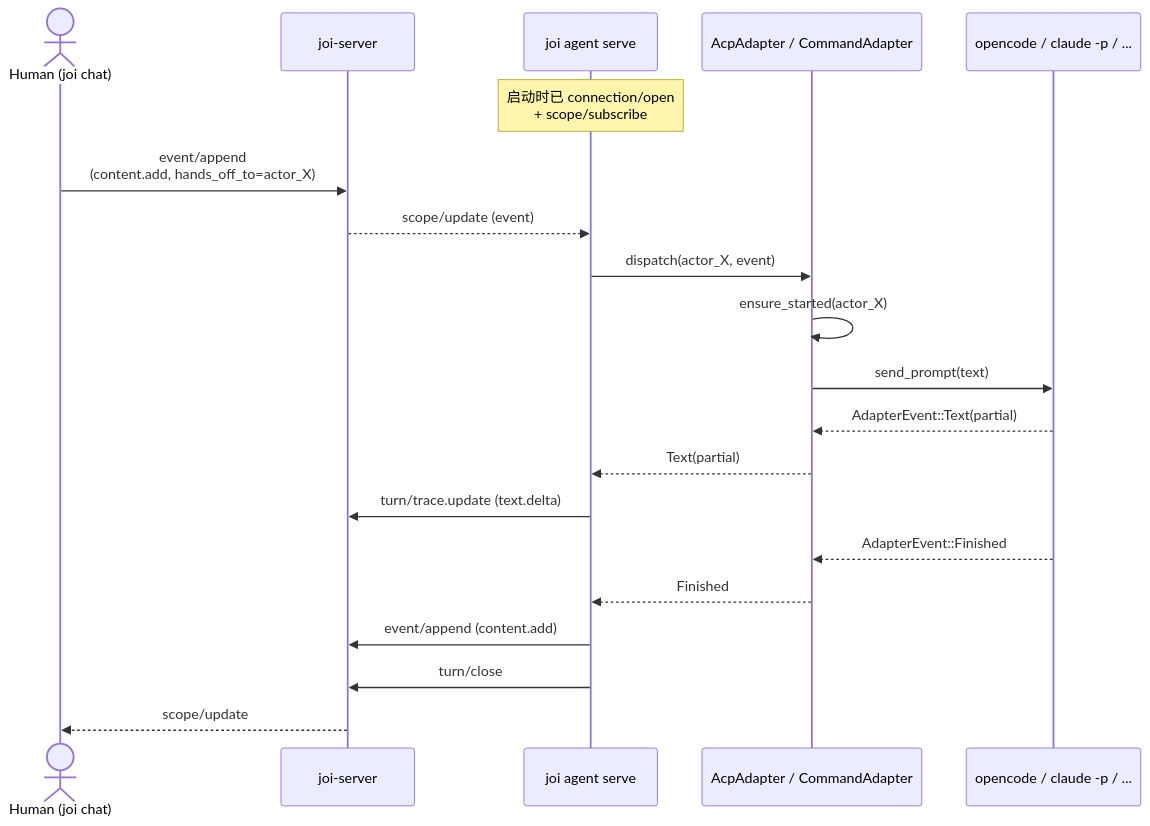
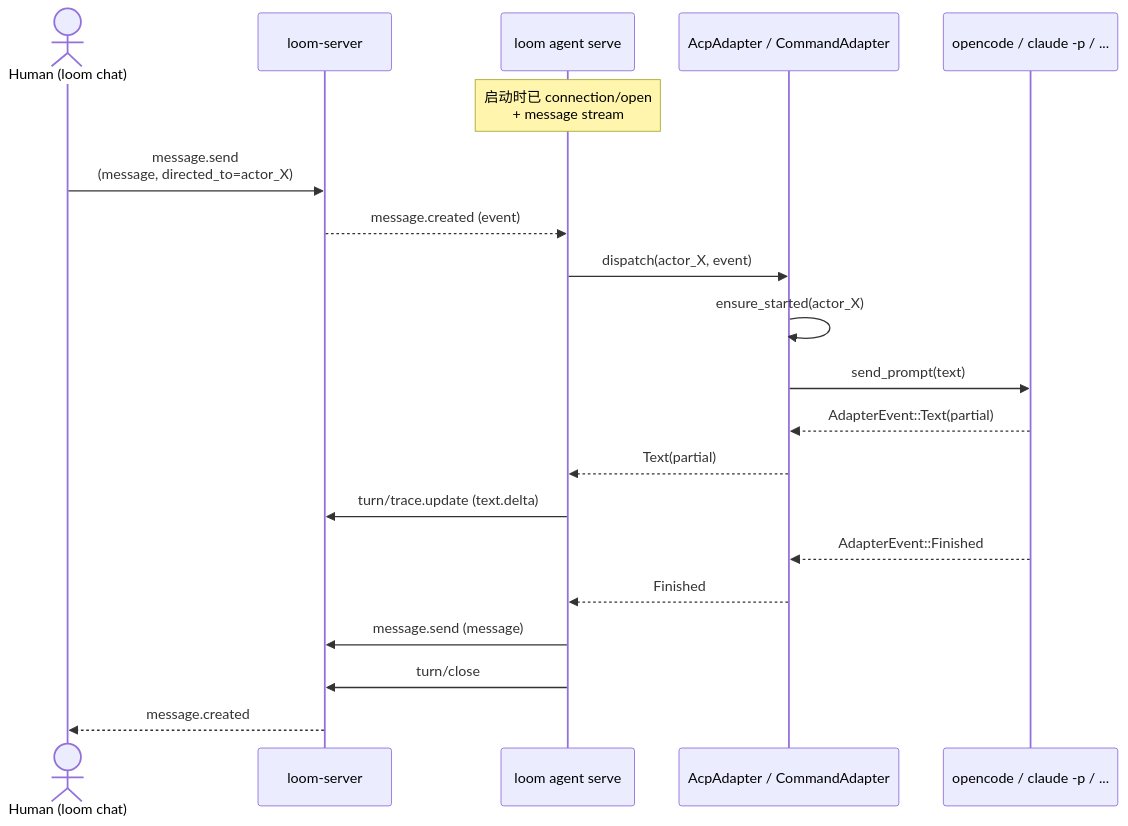
Before and after one commit to wyw-ai/loom: the second of 6 diagrams in docs/architecture-v1-agent-client.md, drawn with Mermaid. The commit also changed other lines of this file and 175 other files, not shown here.

````diff
--- a/docs/architecture-v1-agent-client.md
+++ b/docs/architecture-v1-agent-client.md
@@ -105,23 +105,23 @@
 ```mermaid
 sequenceDiagram
-    actor Human as Human (joi chat)
-    participant Server as joi-server
-    participant Client as joi agent serve
+    actor Human as Human (loom chat)
+    participant Server as loom-server
+    participant Client as loom agent serve
     participant Adapter as AcpAdapter / CommandAdapter
     participant Agent as opencode / claude -p / ...
 
-    Note over Client: 启动时已 connection/open<br/>+ scope/subscribe
-    Human->>Server: event/append<br/>(content.add, hands_off_to=actor_X)
-    Server-->>Client: scope/update (event)
+    Note over Client: 启动时已 connection/open<br/>+ message stream
+    Human->>Server: message.send<br/>(message, directed_to=actor_X)
+    Server-->>Client: message.created (event)
     Client->>Adapter: dispatch(actor_X, event)
     Adapter->>Adapter: ensure_started(actor_X)
     Adapter->>Agent: send_prompt(text)
     Agent-->>Adapter: AdapterEvent::Text(partial)
     Adapter-->>Client: Text(partial)
     Client->>Server: turn/trace.update (text.delta)
     Agent-->>Adapter: AdapterEvent::Finished
     Adapter-->>Client: Finished
-    Client->>Server: event/append (content.add)
+    Client->>Server: message.send (message)
     Client->>Server: turn/close
-    Server-->>Human: scope/update
+    Server-->>Human: message.created
 ```
````
